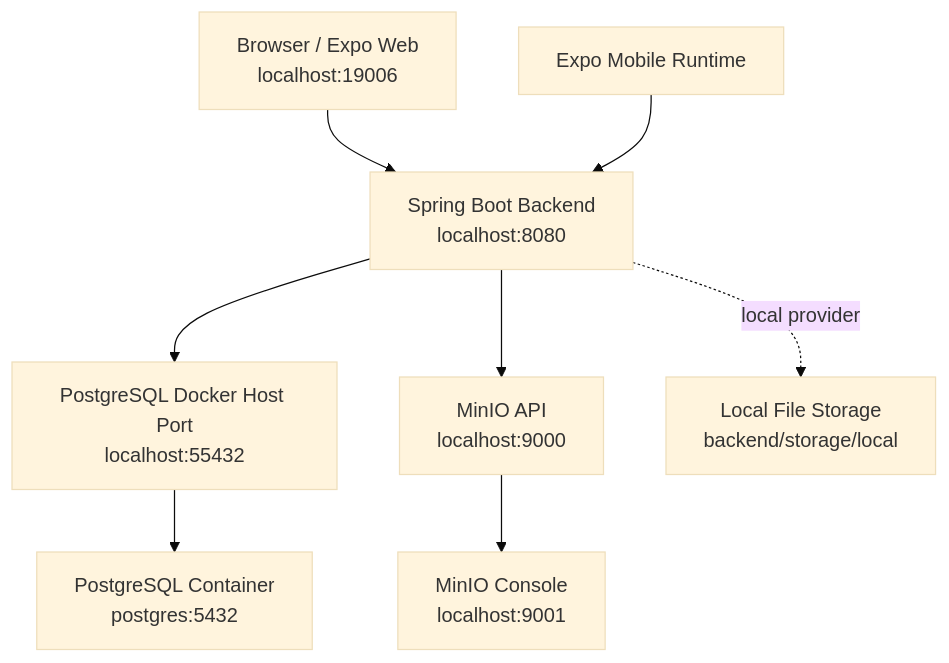
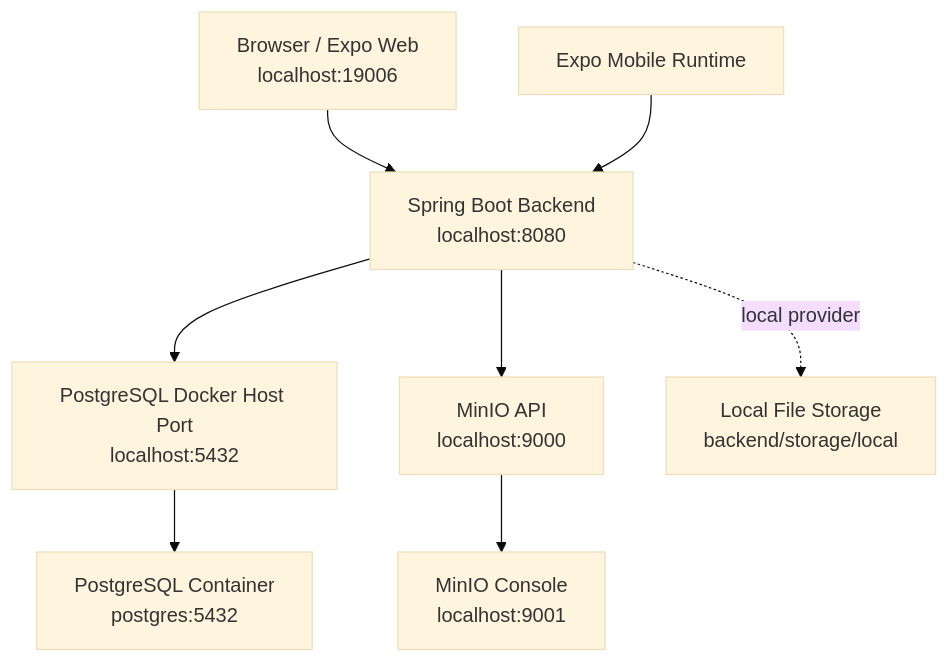
One commit to korearun5/activity-compliance changed the third of 14 diagrams in docs/component-and-data-model-diagrams.md. Above: the diagram before and after it, drawn with Mermaid (base theme). The commit also changed other lines of this file and 165 other files, not shown here.

````diff
--- a/docs/component-and-data-model-diagrams.md
+++ b/docs/component-and-data-model-diagrams.md
@@ -167,19 +214,19 @@
 ```mermaid
 flowchart TB
     Browser["Browser / Expo Web\nlocalhost:19006"]
     Mobile["Expo Mobile Runtime"]
     Backend["Spring Boot Backend\nlocalhost:8080"]
-    DbHost["PostgreSQL Docker Host Port\nlocalhost:55432"]
+    DbHost["PostgreSQL Docker Host Port\nlocalhost:5432"]
     DbContainer["PostgreSQL Container\npostgres:5432"]
     MinioApi["MinIO API\nlocalhost:9000"]
     MinioConsole["MinIO Console\nlocalhost:9001"]
     LocalFiles["Local File Storage\nbackend/storage/local"]
 
     Browser --> Backend
     Mobile --> Backend
     Backend --> DbHost
     DbHost --> DbContainer
     Backend --> MinioApi
     MinioApi --> MinioConsole
     Backend -. local provider .-> LocalFiles
 ```
````
